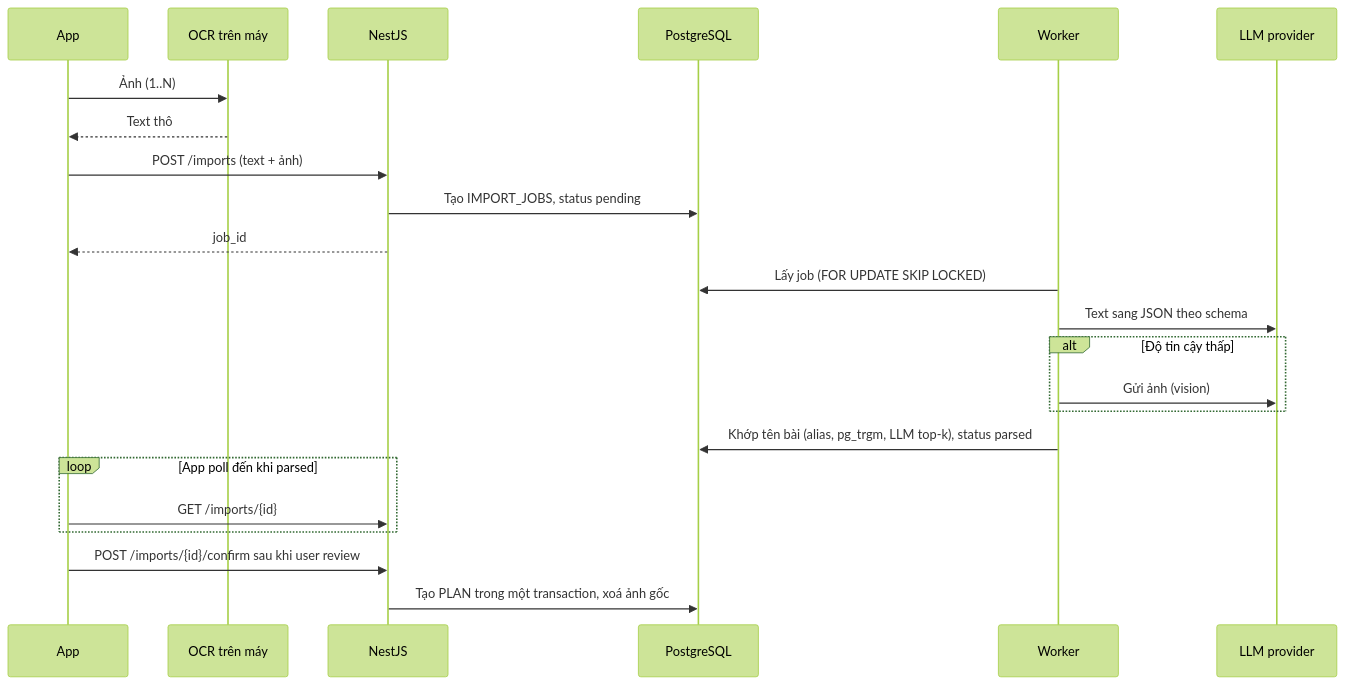
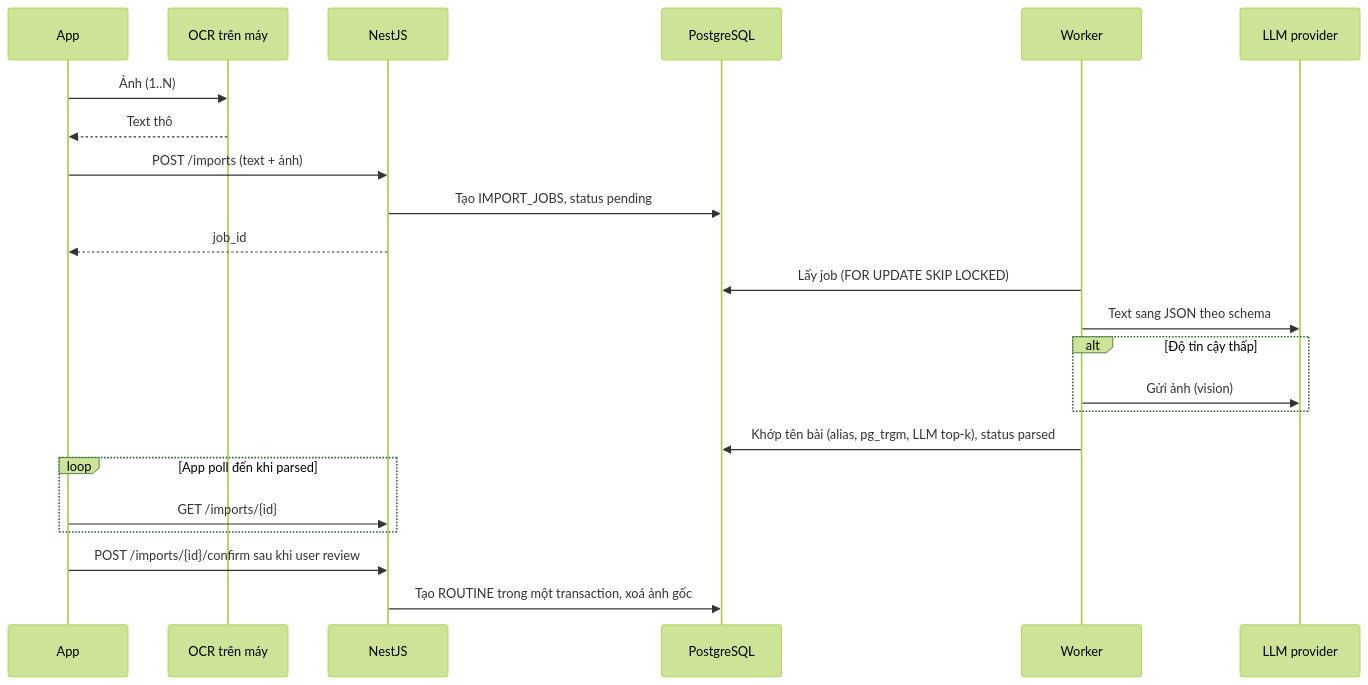
One commit to DuyDucIU/fitness-app changed the third of 4 diagrams in docs/SDD – Fitness Tracking and Training System.md. Above: the diagram before and after it, drawn with Mermaid (forest theme). The commit also changed other lines of this file and 6 other files, not shown here.

Commit message:
docs: rename plan/template to routine/program and record offline scope

````diff
--- a/docs/SDD – Fitness Tracking and Training System.md
+++ b/docs/SDD – Fitness Tracking and Training System.md
@@ -199,25 +202,25 @@
 ```mermaid
 sequenceDiagram
   participant App
   participant OCR as OCR trên máy
   participant API as NestJS
   participant PG as PostgreSQL
   participant W as Worker
   participant LLM as LLM provider
   App->>OCR: Ảnh (1..N)
   OCR-->>App: Text thô
   App->>API: POST /imports (text + ảnh)
   API->>PG: Tạo IMPORT_JOBS, status pending
   API-->>App: job_id
   W->>PG: Lấy job (FOR UPDATE SKIP LOCKED)
   W->>LLM: Text sang JSON theo schema
   alt Độ tin cậy thấp
     W->>LLM: Gửi ảnh (vision)
   end
   W->>PG: Khớp tên bài (alias, pg_trgm, LLM top-k), status parsed
   loop App poll đến khi parsed
     App->>API: GET /imports/{id}
   end
   App->>API: POST /imports/{id}/confirm sau khi user review
-  API->>PG: Tạo PLAN trong một transaction, xoá ảnh gốc
+  API->>PG: Tạo ROUTINE trong một transaction, xoá ảnh gốc
 ```
````
